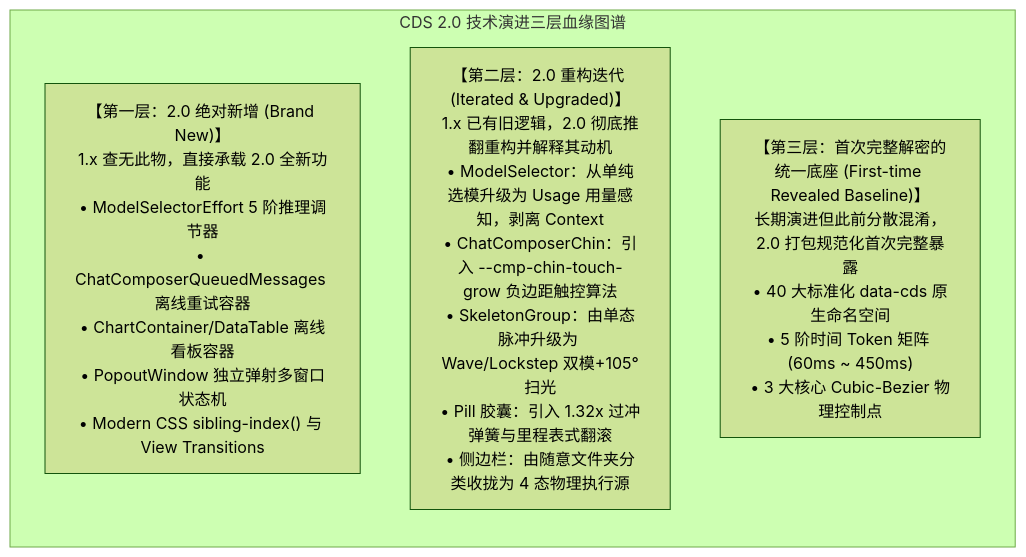
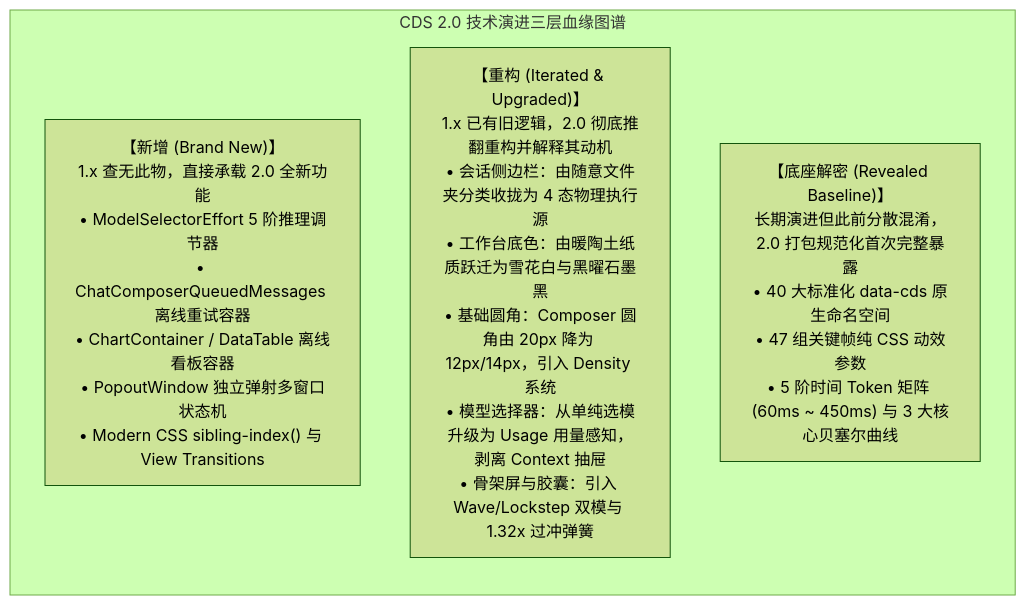
Before and after one commit to 20240610ldx-hub/open-claude-ui: the diagram in docs/09-Claude-Desktop-2.0-全量版本更新深度逆向分析.md, drawn with Mermaid (forest theme). The commit also changed other lines of this file and 5 other files, not shown here.

````diff
--- a/docs/09-Claude-Desktop-2.0-全量版本更新深度逆向分析.md
+++ b/docs/09-Claude-Desktop-2.0-全量版本更新深度逆向分析.md
@@ -82,11 +83,11 @@
 ```mermaid
 graph TD
     subgraph CDS_2_0_Provenance["CDS 2.0 技术演进三层血缘图谱"]
         direction TB
-        L1["【第一层：2.0 绝对新增 (Brand New)】<br/>1.x 查无此物，直接承载 2.0 全新功能<br/>• ModelSelectorEffort 5 阶推理调节器<br/>• ChatComposerQueuedMessages 离线重试容器<br/>• ChartContainer/DataTable 离线看板容器<br/>• PopoutWindow 独立弹射多窗口状态机<br/>• Modern CSS sibling-index() 与 View Transitions"]
+        L1["【新增 (Brand New)】<br/>1.x 查无此物，直接承载 2.0 全新功能<br/>• ModelSelectorEffort 5 阶推理调节器<br/>• ChatComposerQueuedMessages 离线重试容器<br/>• ChartContainer / DataTable 离线看板容器<br/>• PopoutWindow 独立弹射多窗口状态机<br/>• Modern CSS sibling-index() 与 View Transitions"]
         
-        L2["【第二层：2.0 重构迭代 (Iterated & Upgraded)】<br/>1.x 已有旧逻辑，2.0 彻底推翻重构并解释其动机<br/>• ModelSelector：从单纯选模升级为 Usage 用量感知，剥离 Context<br/>• ChatComposerChin：引入 --cmp-chin-touch-grow 负边距触控算法<br/>• SkeletonGroup：由单态脉冲升级为 Wave/Lockstep 双模+105°扫光<br/>• Pill 胶囊：引入 1.32x 过冲弹簧与里程表式翻滚<br/>• 侧边栏：由随意文件夹分类收拢为 4 态物理执行源"]
+        L2["【重构 (Iterated & Upgraded)】<br/>1.x 已有旧逻辑，2.0 彻底推翻重构并解释其动机<br/>• 会话侧边栏：由随意文件夹分类收拢为 4 态物理执行源<br/>• 工作台底色：由暖陶土纸质跃迁为雪花白与黑曜石墨黑<br/>• 基础圆角：Composer 圆角由 20px 降为 12px/14px，引入 Density 系统<br/>• 模型选择器：从单纯选模升级为 Usage 用量感知，剥离 Context 抽屉<br/>• 骨架屏与胶囊：引入 Wave/Lockstep 双模与 1.32x 过冲弹簧"]
         
-        L3["【第三层：首次完整解密的统一底座 (First-time Revealed Baseline)】<br/>长期演进但此前分散混淆，2.0 打包规范化首次完整暴露<br/>• 40 大标准化 data-cds 原生命名空间<br/>• 5 阶时间 Token 矩阵 (60ms ~ 450ms)<br/>• 3 大核心 Cubic-Bezier 物理控制点"]
+        L3["【底座解密 (Revealed Baseline)】<br/>长期演进但此前分散混淆，2.0 打包规范化首次完整暴露<br/>• 40 大标准化 data-cds 原生命名空间<br/>• 47 组关键帧纯 CSS 动效参数<br/>• 5 阶时间 Token 矩阵 (60ms ~ 450ms) 与 3 大核心贝塞尔曲线"]
     end
 ```
````
